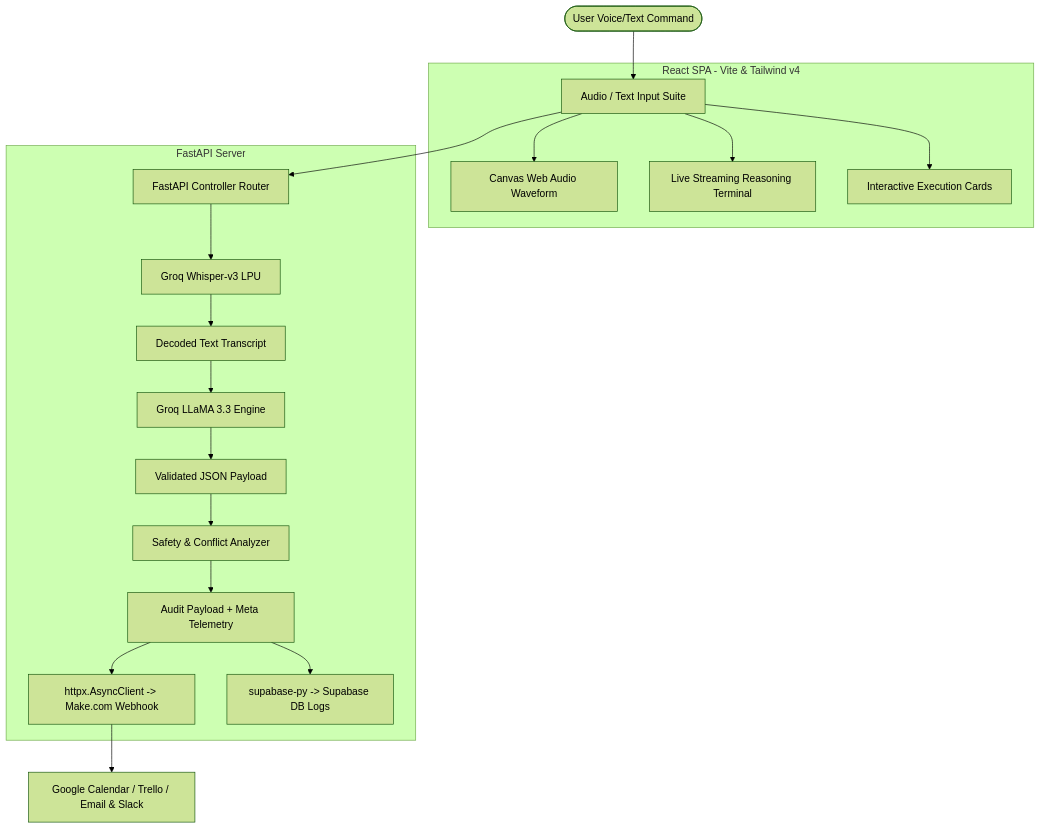
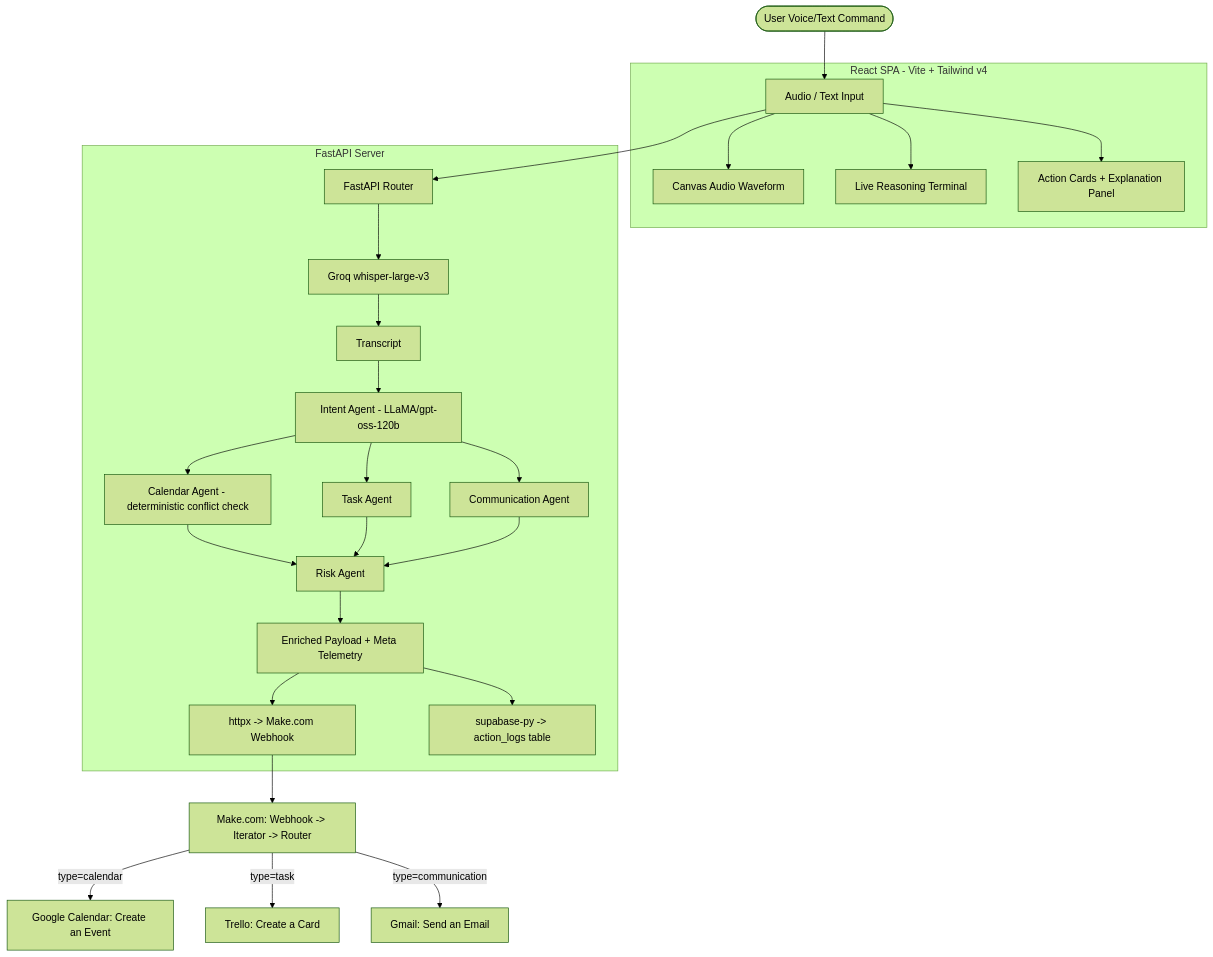
One commit to habib-u-rahman/voiceforge-ops changed the diagram in README.md. Above: the diagram before and after it, drawn with Mermaid (forest theme). The commit also changed other lines of this file, not shown here.

Commit message:
Rewrite README with full architecture, setup, deployment, and troubleshooting docs

````diff
--- a/README.md
+++ b/README.md
@@ -22,26 +24,33 @@
 ```mermaid
 graph TD
-    User([User Voice/Text Command]) --> Ingest[Audio / Text Input Suite]
-    
-    subgraph Frontend [React SPA - Vite & Tailwind v4]
-        Ingest --> Visualizer[Canvas Web Audio Waveform]
-        Ingest --> Term[Live Streaming Reasoning Terminal]
-        Ingest --> Matrix[Interactive Execution Cards]
+    User([User Voice/Text Command]) --> Ingest[Audio / Text Input]
+
+    subgraph Frontend [React SPA - Vite + Tailwind v4]
+        Ingest --> Visualizer[Canvas Audio Waveform]
+        Ingest --> Term[Live Reasoning Terminal]
+        Ingest --> Matrix[Action Cards + Explanation Panel]
     end
 
     subgraph Backend [FastAPI Server]
-        Ingest --> API_Router[FastAPI Controller Router]
-        API_Router --> Whisper[Groq Whisper-v3 LPU]
-        Whisper --> Transcript[Decoded Text Transcript]
-        Transcript --> Llama[Groq LLaMA 3.3 Engine]
-        
-        Llama --> Struct[Validated JSON Payload]
-        Struct --> Conflict[Safety & Conflict Analyzer]
-        Conflict --> FinalPayload[Audit Payload + Meta Telemetry]
-        
-        FinalPayload --> Webhook[httpx.AsyncClient -> Make.com Webhook]
-        FinalPayload --> Supabase[supabase-py -> Supabase DB Logs]
+        Ingest --> API[FastAPI Router]
+        API --> Whisper[Groq whisper-large-v3]
+        Whisper --> Transcript[Transcript]
+
+        Transcript --> Intent[Intent Agent - LLaMA/gpt-oss-120b]
+        Intent --> CalAgent[Calendar Agent - deterministic conflict check]
+        Intent --> TaskAgent[Task Agent]
+        Intent --> CommAgent[Communication Agent]
+        CalAgent --> RiskAgent[Risk Agent]
+        TaskAgent --> RiskAgent
+        CommAgent --> RiskAgent
+
+        RiskAgent --> FinalPayload[Enriched Payload + Meta Telemetry]
+        FinalPayload --> WebhookOut[httpx -> Make.com Webhook]
+        FinalPayload --> SupabaseOut[supabase-py -> action_logs table]
     end
 
-    Webhook --> ThirdParty[Google Calendar / Trello / Email & Slack]
+    WebhookOut --> MakeScenario[Make.com: Webhook -> Iterator -> Router]
+    MakeScenario -->|type=calendar| GCal[Google Calendar: Create an Event]
+    MakeScenario -->|type=task| Trello[Trello: Create a Card]
+    MakeScenario -->|type=communication| Gmail[Gmail: Send an Email]
 ```
````
